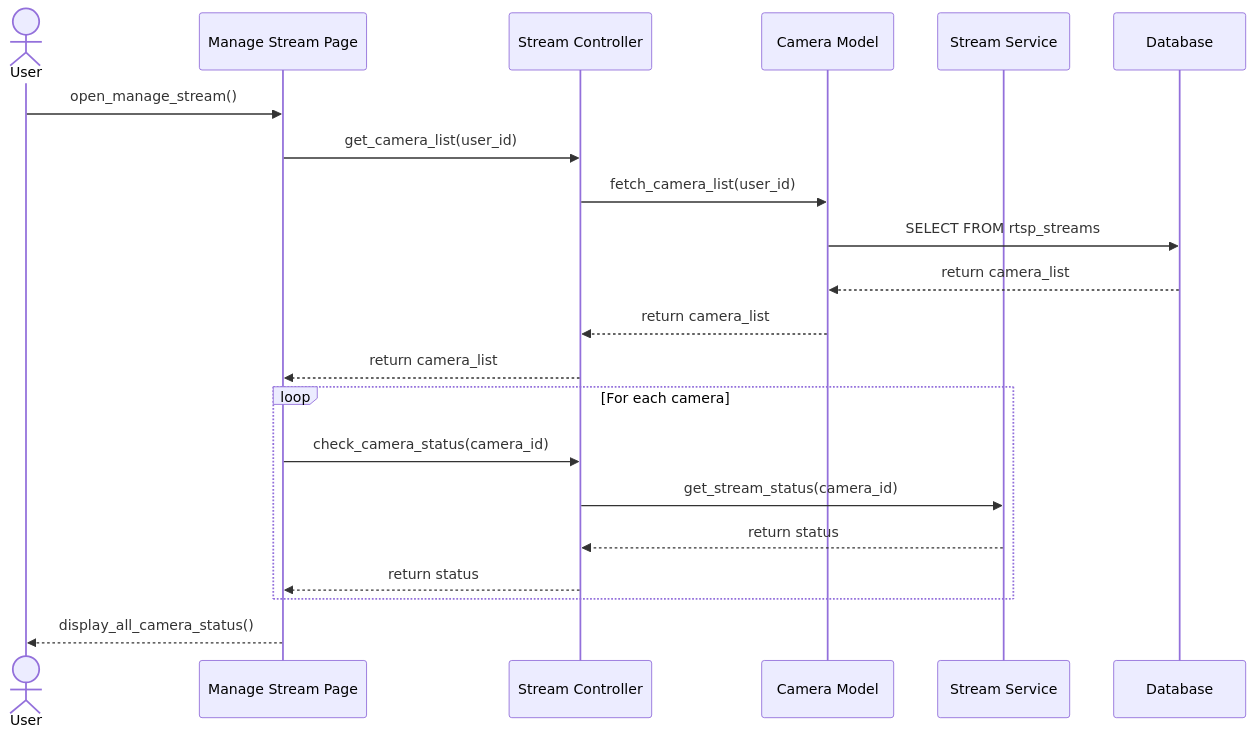
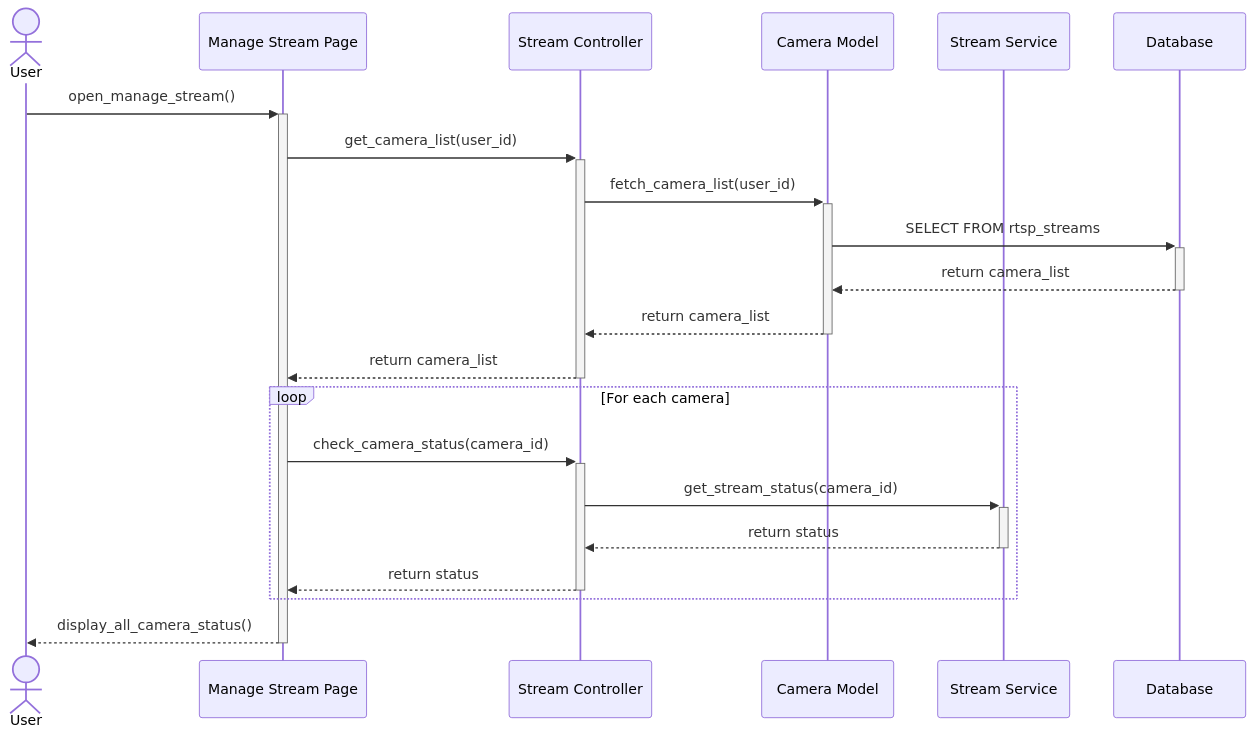
Diagram 17 of 20 in SYSTEM_DIAGRAMS.md (Tanaphat-Ken/ALPR-V2), drawn with Mermaid before and after one commit. The commit also changed other lines of this file, not shown here.

First line of the commit message:
fix: resolve Mermaid activation bar errors across sequence diagrams

````diff
--- a/SYSTEM_DIAGRAMS.md
+++ b/SYSTEM_DIAGRAMS.md
@@ -638,26 +674,26 @@
 ```mermaid
 sequenceDiagram
     actor User
     participant StreamPage as Manage Stream Page
     participant StreamController as Stream Controller
     participant CameraModel as Camera Model
     participant StreamService as Stream Service
     participant DB as Database
 
-    User->>StreamPage: open_manage_stream()
-    StreamPage->>StreamController: get_camera_list(user_id)
-    StreamController->>CameraModel: fetch_camera_list(user_id)
-    CameraModel->>DB: SELECT FROM rtsp_streams
-    DB-->>CameraModel: return camera_list
-    CameraModel-->>StreamController: return camera_list
-    StreamController-->>StreamPage: return camera_list
+    User->>+StreamPage: open_manage_stream()
+    StreamPage->>+StreamController: get_camera_list(user_id)
+    StreamController->>+CameraModel: fetch_camera_list(user_id)
+    CameraModel->>+DB: SELECT FROM rtsp_streams
+    DB-->>-CameraModel: return camera_list
+    CameraModel-->>-StreamController: return camera_list
+    StreamController-->>-StreamPage: return camera_list
 
     loop For each camera
-        StreamPage->>StreamController: check_camera_status(camera_id)
-        StreamController->>StreamService: get_stream_status(camera_id)
-        StreamService-->>StreamController: return status
-        StreamController-->>StreamPage: return status
+        StreamPage->>+StreamController: check_camera_status(camera_id)
+        StreamController->>+StreamService: get_stream_status(camera_id)
+        StreamService-->>-StreamController: return status
+        StreamController-->>-StreamPage: return status
     end
 
-    StreamPage-->>User: display_all_camera_status()
+    StreamPage-->>-User: display_all_camera_status()
 ```
````
